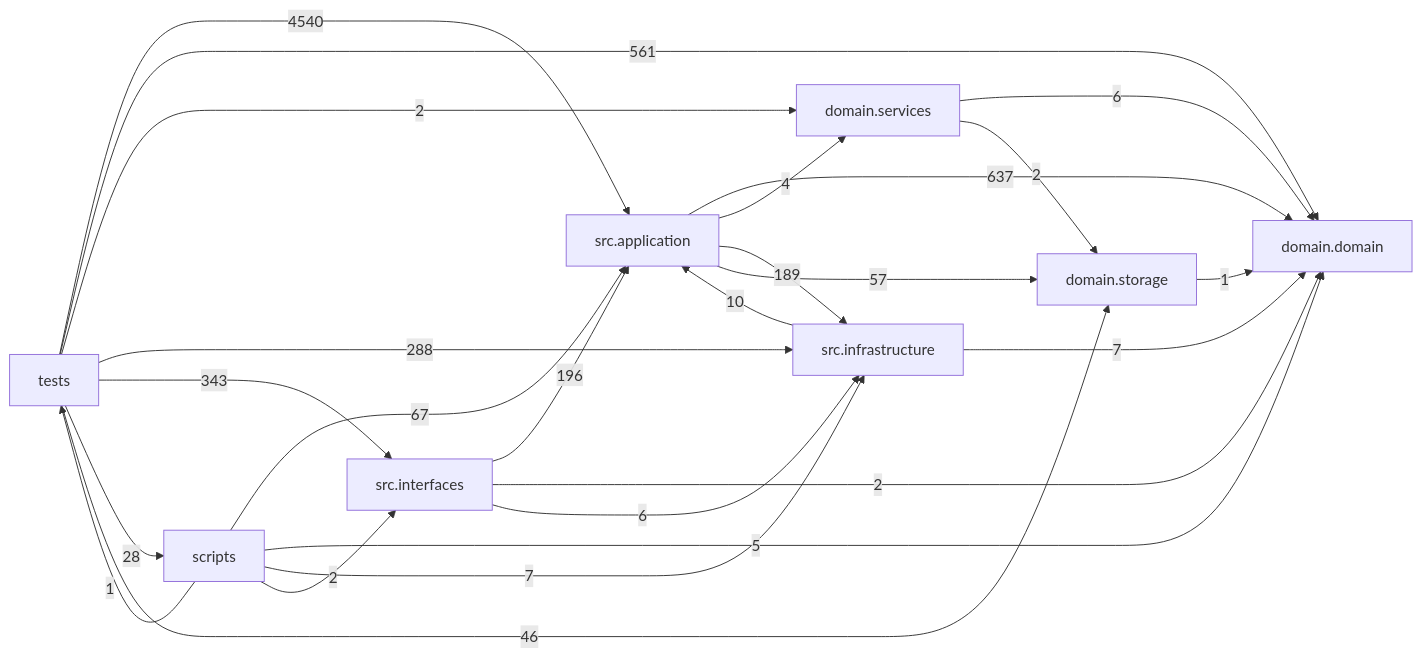
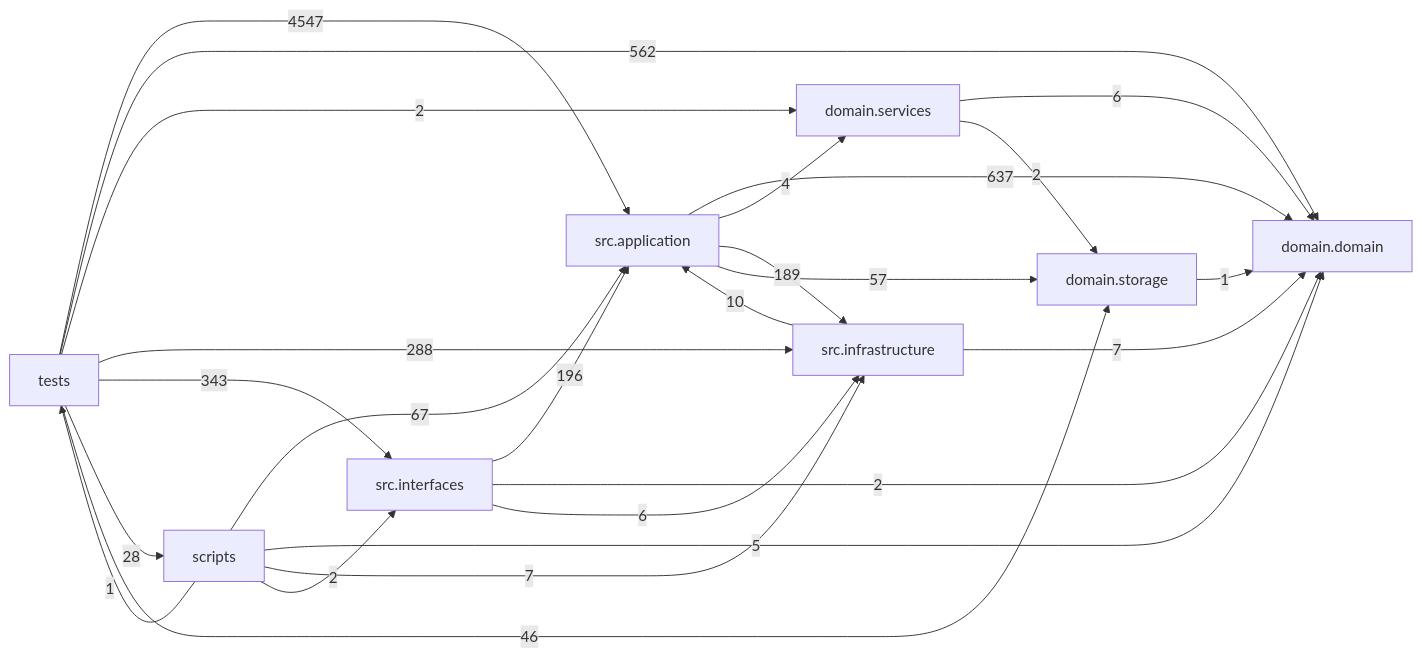
Before and after one commit to liuxie066/options-monitor: the diagram in docs/DEPENDENCY_GRAPH.md, drawn with Mermaid. The commit also changed other lines of this file and 3 other files, not shown here.

````diff
--- a/docs/DEPENDENCY_GRAPH.md
+++ b/docs/DEPENDENCY_GRAPH.md
@@ -24,35 +24,35 @@
 ```mermaid
 flowchart LR
   tests["tests"]
   scripts["scripts"]
   interfaces["src.interfaces"]
   application["src.application"]
   infrastructure["src.infrastructure"]
   domain_services["domain.services"]
   domain["domain.domain"]
   storage["domain.storage"]
   application -->|637| domain
   application -->|4| domain_services
   application -->|189| infrastructure
   application -->|57| storage
   domain_services -->|6| domain
   domain_services -->|2| storage
   infrastructure -->|10| application
   infrastructure -->|7| domain
   interfaces -->|196| application
   interfaces -->|2| domain
   interfaces -->|6| infrastructure
   scripts -->|67| application
   scripts -->|5| domain
   scripts -->|7| infrastructure
   scripts -->|2| interfaces
   scripts -->|1| tests
   storage -->|1| domain
-  tests -->|4540| application
-  tests -->|561| domain
+  tests -->|4547| application
+  tests -->|562| domain
   tests -->|2| domain_services
   tests -->|288| infrastructure
   tests -->|343| interfaces
   tests -->|28| scripts
   tests -->|46| storage
 ```
````
